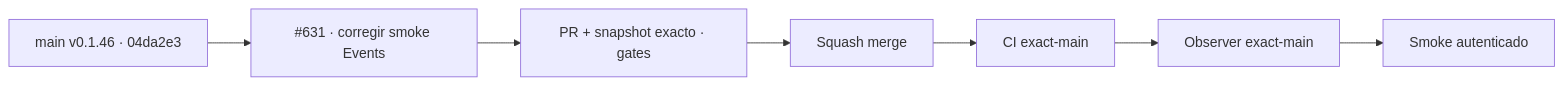
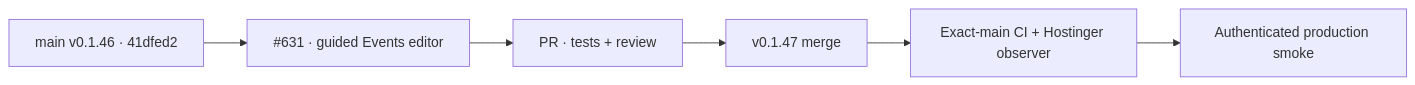
One commit to pl0n3r/brvtal changed the diagram in README.md. Above: the diagram before and after it, drawn with Mermaid. The commit also changed other lines of this file and 6 other files, not shown here.

First line of the commit message:
fix(events): guard guided editor and production smoke (v0.1.47) (#633)

````diff
--- a/README.md
+++ b/README.md
@@ -48,9 +47,6 @@
 ```mermaid
 flowchart LR
- B["main v0.1.46 · 04da2e3"] --> I["#631 · corregir smoke Events"]
- I --> P["PR + snapshot exacto · gates"]
- P --> M["Squash merge"]
- M --> C["CI exact-main"]
- C --> O["Observer exact-main"]
- O --> S["Smoke autenticado"]
+ B["main v0.1.46 · 41dfed2"] --> F["#631 · guided Events editor"]
+ F --> P["PR · tests + review"] --> M["v0.1.47 merge"]
+ M --> C["Exact-main CI + Hostinger observer"] --> S["Authenticated production smoke"]
 ```
````
